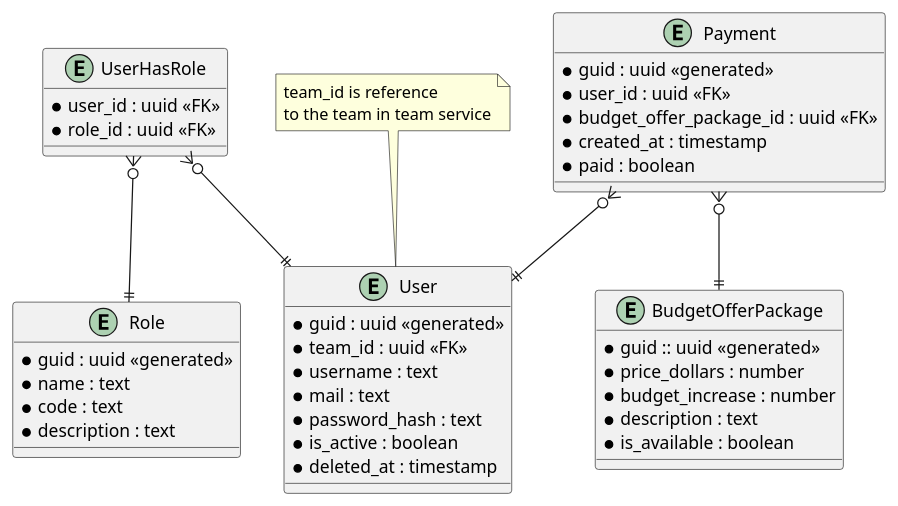
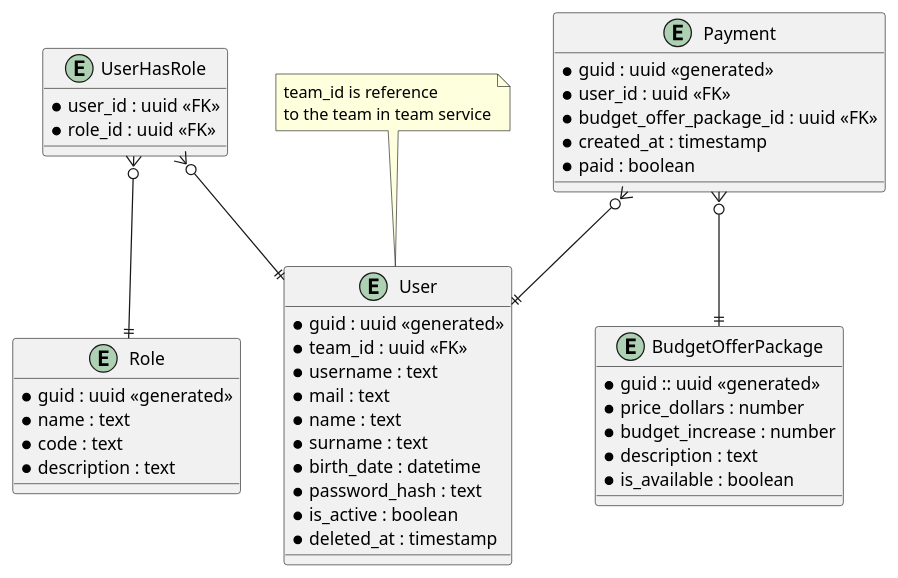
The diagram in docs/user-service-erd.puml (Ricaps/Ice-Hockey-Manager), drawn with PlantUML before and after one commit. The commit also changed 76 other files, not shown here.

```diff
--- a/docs/user-service-erd.puml
+++ b/docs/user-service-erd.puml
@@ -1,49 +1,52 @@
 @startuml
 
 entity User {
     * guid : uuid <<generated>>
     * team_id : uuid <<FK>>
     * username : text
     * mail : text
+    * name : text
+    * surname : text
+    * birth_date : datetime
     * password_hash : text
     * is_active : boolean
     * deleted_at : timestamp
 }
 
 entity UserHasRole {
     * user_id : uuid <<FK>>
     * role_id : uuid <<FK>>
 }
 
 entity Role {
     * guid : uuid <<generated>>
     * name : text
     * code : text
     * description : text
 }
 
 entity Payment {
     * guid : uuid <<generated>>
     * user_id : uuid <<FK>>
     * budget_offer_package_id : uuid <<FK>>
     * created_at : timestamp
     * paid : boolean
 }
 
 entity BudgetOfferPackage {
     * guid :: uuid <<generated>>
     * price_dollars : number
     * budget_increase : number
     * description : text
     * is_available : boolean
 }
 
 UserHasRole }o--|| Role
 UserHasRole }o--|| User
 
 Payment }o--|| User
 Payment }o--|| BudgetOfferPackage
 
 note top of User : team_id is reference \nto the team in team service
 
 @enduml
```
